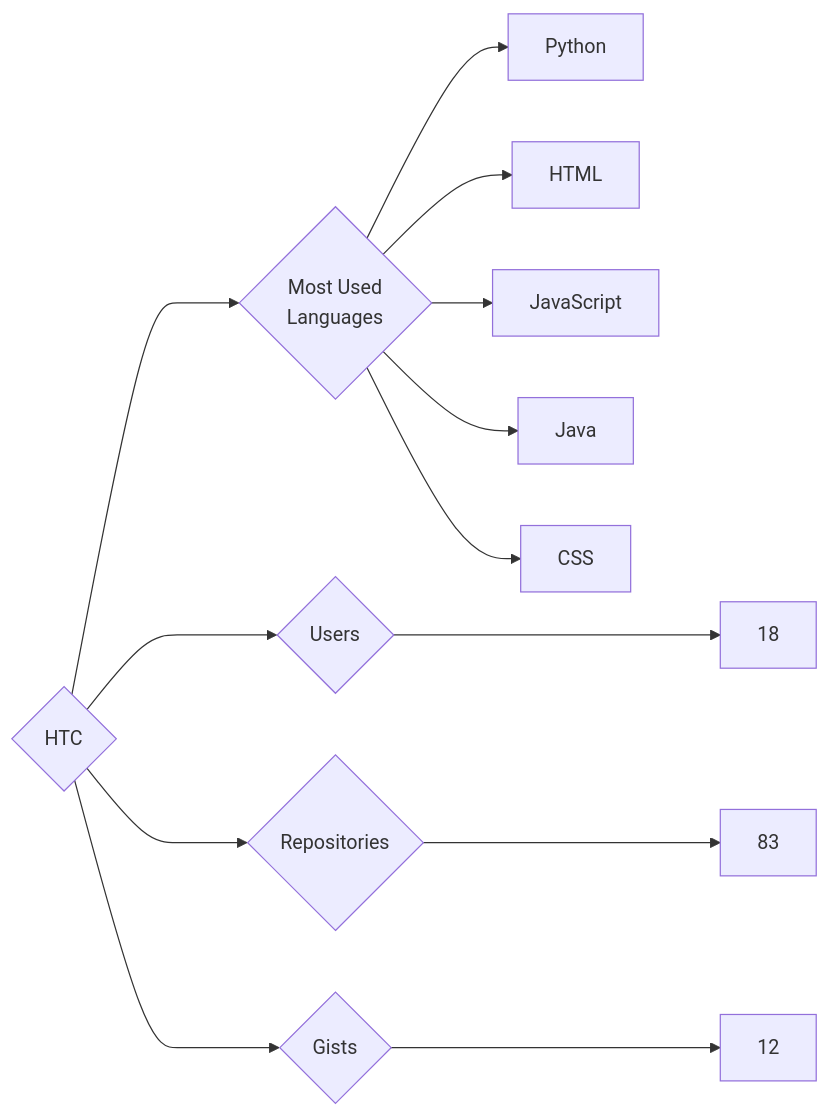
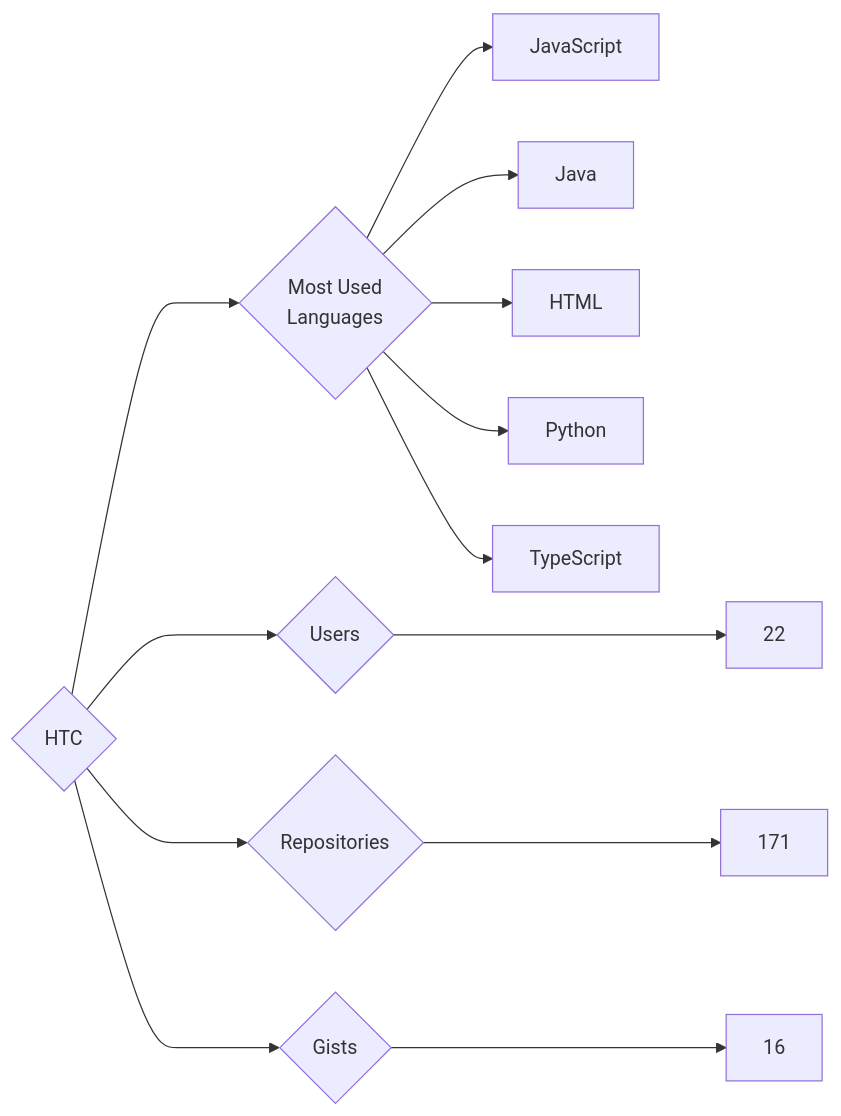
The diagram in targets/HTC/README.md (trickest/insiders), drawn with Mermaid before and after one commit. The commit also changed 633 other files, not shown here.

````diff
--- a/targets/HTC/README.md
+++ b/targets/HTC/README.md
@@ -3,13 +3,13 @@
 ```mermaid
 graph LR
 COMPANY_NAME{HTC}
-COMPANY_NAME ---> U{Users} ---> UN[18]
-COMPANY_NAME ---> R{Repositories} ---> RN[83]
-COMPANY_NAME ---> G{Gists} ---> GN[12]
+COMPANY_NAME ---> U{Users} ---> UN[22]
+COMPANY_NAME ---> R{Repositories} ---> RN[171]
+COMPANY_NAME ---> G{Gists} ---> GN[16]
 COMPANY_NAME ---> ML{Most Used<br>Languages}
-ML --> Python[Python]
-ML --> HTML[HTML]
 ML --> JavaScript[JavaScript]
 ML --> Java[Java]
-ML --> CSS[CSS]
+ML --> HTML[HTML]
+ML --> Python[Python]
+ML --> TypeScript[TypeScript]
 ```
````
